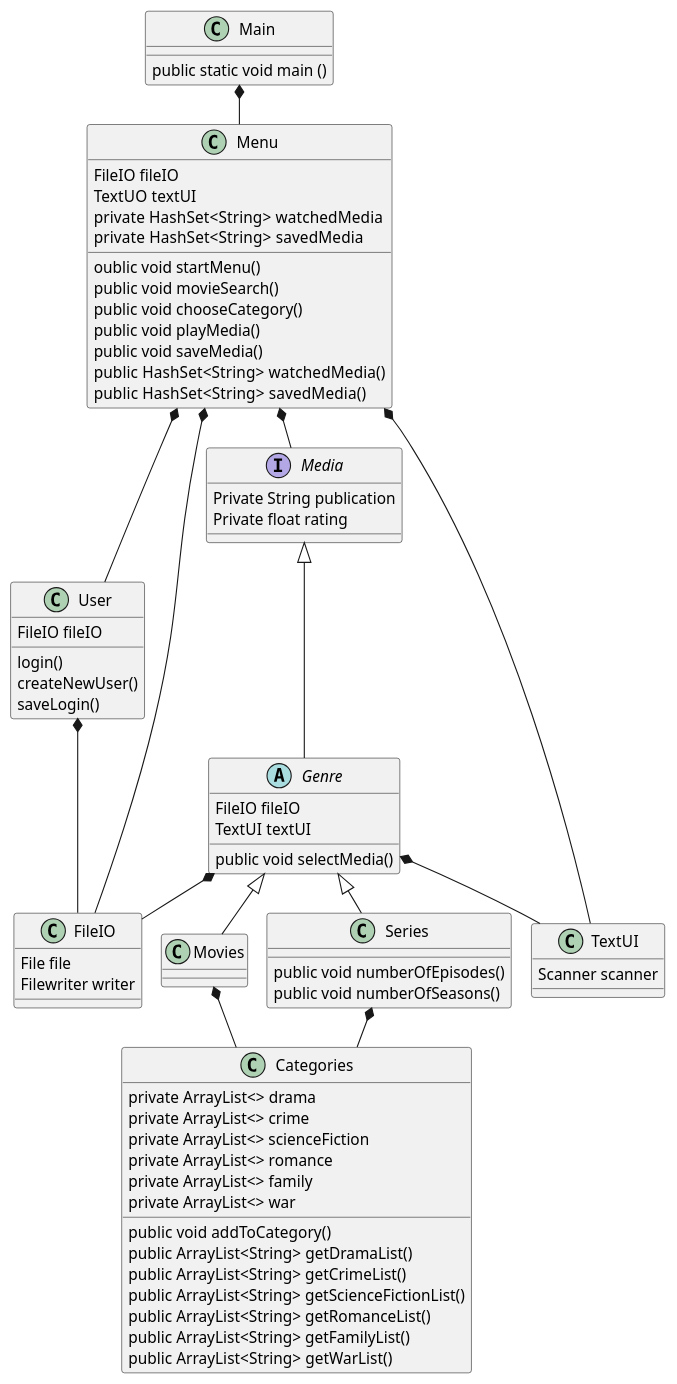
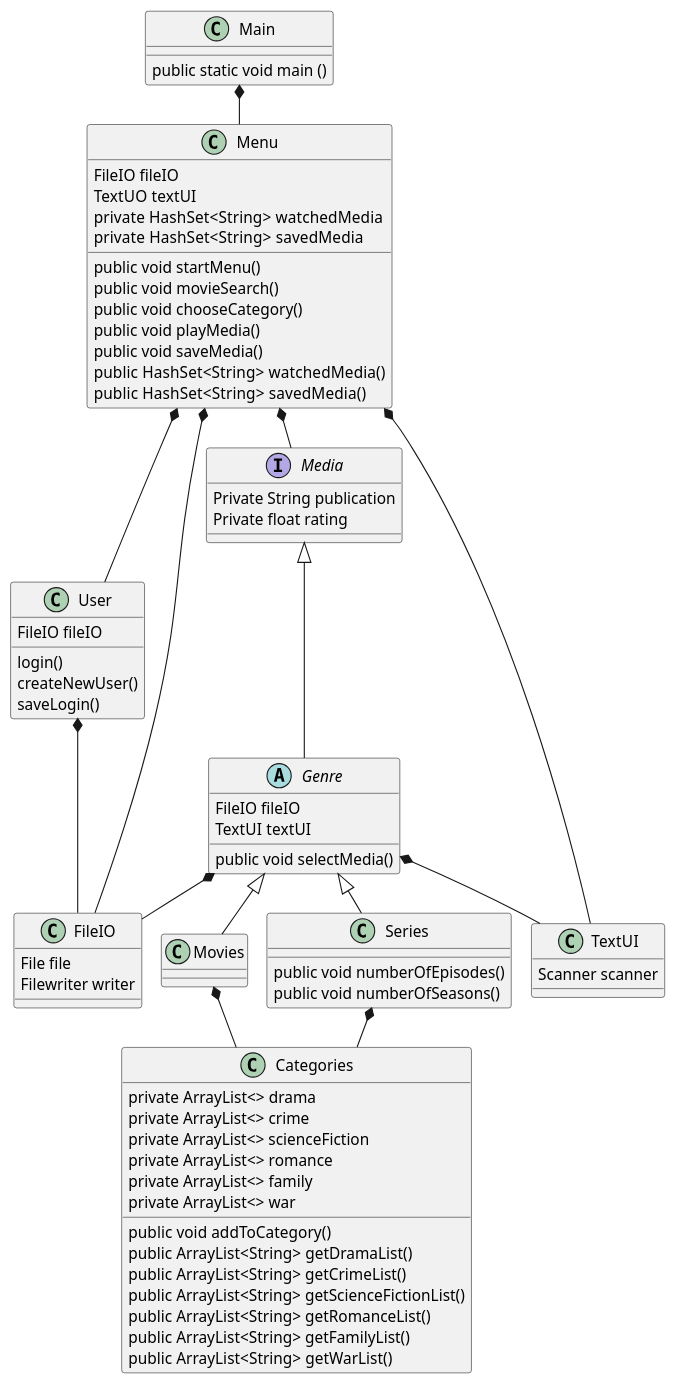
One commit to MichellaBech/SP3 changed the diagram in .idea/Class.puml. Above: the diagram before and after it, drawn with PlantUML.

```diff
--- a/.idea/Class.puml
+++ b/.idea/Class.puml
@@ -1,106 +1,106 @@
 @startuml
 'https://plantuml.com/class-diagram
 !pragma layout smetana
 
 interface FileIO
 class Movies
 class Series
 interface Media
 class TextUI
 class Categories
 class User
 class Menu
 class Main
 
 Abstract class Genre
 
 Media <|--- Genre
 Genre <|-- Movies
 Genre <|-- Series
 
 Main *-- Menu
 Movies *-- Categories
 Series *-- Categories
 Menu *-- User
 Menu *-- Media
 Menu *-- FileIO
 Menu *-- TextUI
 Genre *-- FileIO
 Genre *-- TextUI
 User *-- FileIO
 
 Abstract class Genre {
 FileIO fileIO
 TextUI textUI
 public void selectMedia()
 }
 
 class TextUI
 {
 Scanner scanner
 }
 
 class FileIO {
 File file
 Filewriter writer
 }
 
 class Main {
 public static void main ()
 }
 
 
 class Categories {
 private ArrayList<> drama
 private ArrayList<> crime
 private ArrayList<> scienceFiction
 private ArrayList<> romance
 private ArrayList<> family
 private ArrayList<> war
 
 public void addToCategory()
 public ArrayList<String> getDramaList()
 public ArrayList<String> getCrimeList()
 public ArrayList<String> getScienceFictionList()
 public ArrayList<String> getRomanceList()
 public ArrayList<String> getFamilyList()
 public ArrayList<String> getWarList()
 }
 
 Interface Media {
 Private String publication
 Private float rating
 }
 
 class Movies{
 
 }
 
 class Series {
 public void numberOfEpisodes()
 public void numberOfSeasons()
 }
 
 class User{
 FileIO fileIO
 login()
 createNewUser()
 saveLogin()
 }
 
 class Menu {
 FileIO fileIO
 TextUO textUI
 private  HashSet<String> watchedMedia
 private  HashSet<String> savedMedia
-oublic void startMenu()
+public void startMenu()
 public void movieSearch()
 public void chooseCategory()
 public void playMedia()
 public void saveMedia()
 public  HashSet<String> watchedMedia()
 public  HashSet<String> savedMedia()
 }
 
 
 @enduml
```
